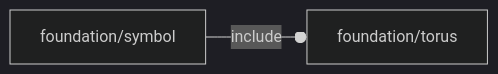
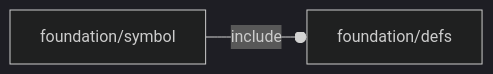
Before and after one commit to ggabbiani/OFL: the diagram in orthodocs/foundation/symbol.md, drawn with Mermaid (dark theme). The commit also changed other lines of this file and 74 other files, not shown here.

````diff
--- a/orthodocs/foundation/symbol.md
+++ b/orthodocs/foundation/symbol.md
@@ -5,4 +5,4 @@
 ```mermaid
 graph LR
-    A1[foundation/symbol] --o|include| A2[foundation/torus]
+    A1[foundation/symbol] --o|include| A2[foundation/defs]
 ```
````
